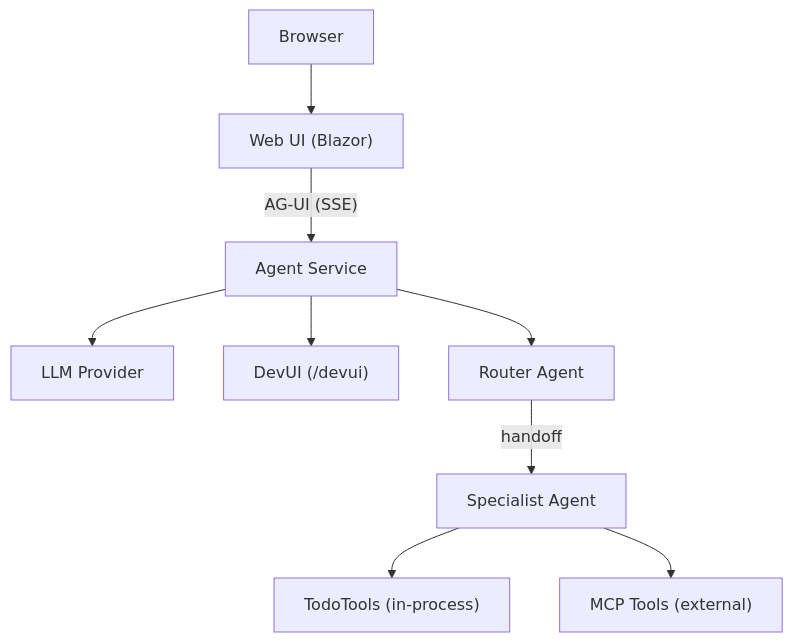
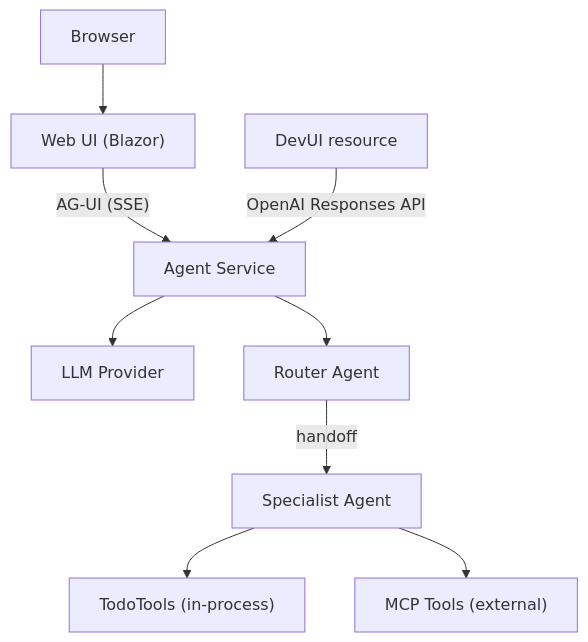
One commit to leslierichardson95/aspire-agent-template changed the diagram in content/aspire-agent-starter/README.md. Above: the diagram before and after it, drawn with Mermaid. The commit also changed other lines of this file and 12 other files, not shown here.

````diff
--- a/content/aspire-agent-starter/README.md
+++ b/content/aspire-agent-starter/README.md
@@ -7,21 +7,21 @@
 ```mermaid
 graph TD
     Browser["Browser"]
     Web["Web UI (Blazor)"]
     Agent["Agent Service"]
     LLM["LLM Provider"]
-    DevUI["DevUI (/devui)"]
+    DevUI["DevUI resource"]
     Router["Router Agent"]
     Specialist["Specialist Agent"]
     Tools["TodoTools (in-process)"]
     MCP["MCP Tools (external)"]
 
     Browser --> Web
     Web -- "AG-UI (SSE)" --> Agent
     Agent --> LLM
-    Agent --> DevUI
+    DevUI -- "OpenAI Responses API" --> Agent
     Agent --> Router
     Router -- handoff --> Specialist
     Specialist --> Tools
     Specialist --> MCP
 ```
````
